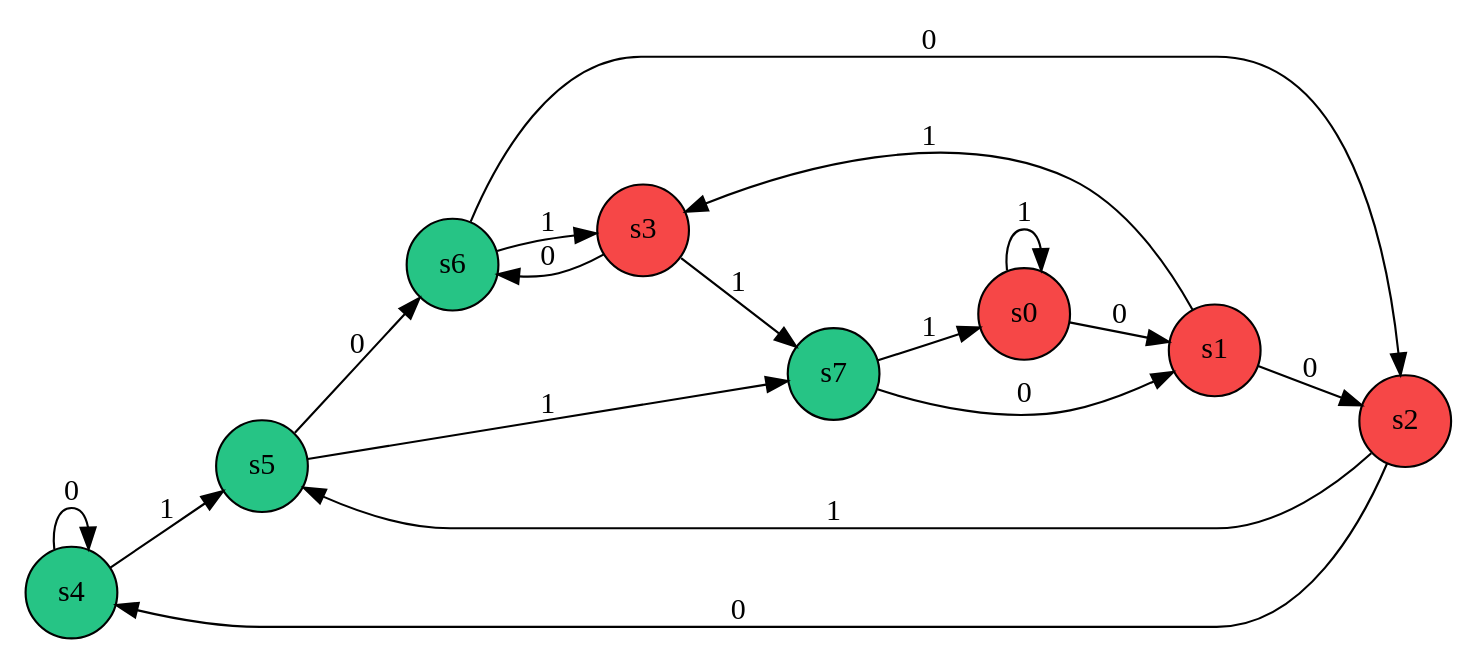
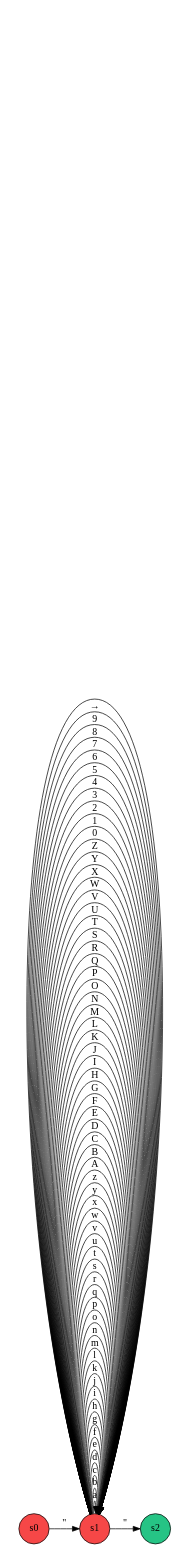
One commit to virtualmonkey/analizador-lexico changed the diagram in graphs/directDFA.gv. Above: the diagram before and after it, drawn with Graphviz. The commit also changed 14 other files, not shown here.

```diff
--- a/graphs/directDFA.gv
+++ b/graphs/directDFA.gv
@@ -1,25 +1,72 @@
 digraph "DFA by direct method" {
 	rankdir=LR size=10
 	node [fillcolor="#26C485" shape=circle style=filled]
-	s4
-	s5
-	s6
-	s7
+	s2
 	node [fillcolor="#f64747" shape=circle style=filled]
-	s0 -> s1 [label=0]
-	s0 -> s0 [label=1]
-	s1 -> s2 [label=0]
-	s1 -> s3 [label=1]
-	s2 -> s4 [label=0]
-	s2 -> s5 [label=1]
-	s3 -> s6 [label=0]
-	s3 -> s7 [label=1]
-	s4 -> s4 [label=0]
-	s4 -> s5 [label=1]
-	s5 -> s6 [label=0]
-	s5 -> s7 [label=1]
-	s6 -> s2 [label=0]
-	s6 -> s3 [label=1]
-	s7 -> s1 [label=0]
-	s7 -> s0 [label=1]
+	s0 -> s1 [label="\""]
+	s1 -> s2 [label="\""]
+	s1 -> s1 [label=a]
+	s1 -> s1 [label=b]
+	s1 -> s1 [label=c]
+	s1 -> s1 [label=d]
+	s1 -> s1 [label=e]
+	s1 -> s1 [label=f]
+	s1 -> s1 [label=g]
+	s1 -> s1 [label=h]
+	s1 -> s1 [label=i]
+	s1 -> s1 [label=j]
+	s1 -> s1 [label=k]
+	s1 -> s1 [label=l]
+	s1 -> s1 [label=m]
+	s1 -> s1 [label=n]
+	s1 -> s1 [label=o]
+	s1 -> s1 [label=p]
+	s1 -> s1 [label=q]
+	s1 -> s1 [label=r]
+	s1 -> s1 [label=s]
+	s1 -> s1 [label=t]
+	s1 -> s1 [label=u]
+	s1 -> s1 [label=v]
+	s1 -> s1 [label=w]
+	s1 -> s1 [label=x]
+	s1 -> s1 [label=y]
+	s1 -> s1 [label=z]
+	s1 -> s1 [label=A]
+	s1 -> s1 [label=B]
+	s1 -> s1 [label=C]
+	s1 -> s1 [label=D]
+	s1 -> s1 [label=E]
+	s1 -> s1 [label=F]
+	s1 -> s1 [label=G]
+	s1 -> s1 [label=H]
+	s1 -> s1 [label=I]
+	s1 -> s1 [label=J]
+	s1 -> s1 [label=K]
+	s1 -> s1 [label=L]
+	s1 -> s1 [label=M]
+	s1 -> s1 [label=N]
+	s1 -> s1 [label=O]
+	s1 -> s1 [label=P]
+	s1 -> s1 [label=Q]
+	s1 -> s1 [label=R]
+	s1 -> s1 [label=S]
+	s1 -> s1 [label=T]
+	s1 -> s1 [label=U]
+	s1 -> s1 [label=V]
+	s1 -> s1 [label=W]
+	s1 -> s1 [label=X]
+	s1 -> s1 [label=Y]
+	s1 -> s1 [label=Z]
+	s1 -> s1 [label=0]
+	s1 -> s1 [label=1]
+	s1 -> s1 [label=2]
+	s1 -> s1 [label=3]
+	s1 -> s1 [label=4]
+	s1 -> s1 [label=5]
+	s1 -> s1 [label=6]
+	s1 -> s1 [label=7]
+	s1 -> s1 [label=8]
+	s1 -> s1 [label=9]
+	s1 -> s1 [label="→"]
+	s1 -> s1 [label=" "]
 }
```
